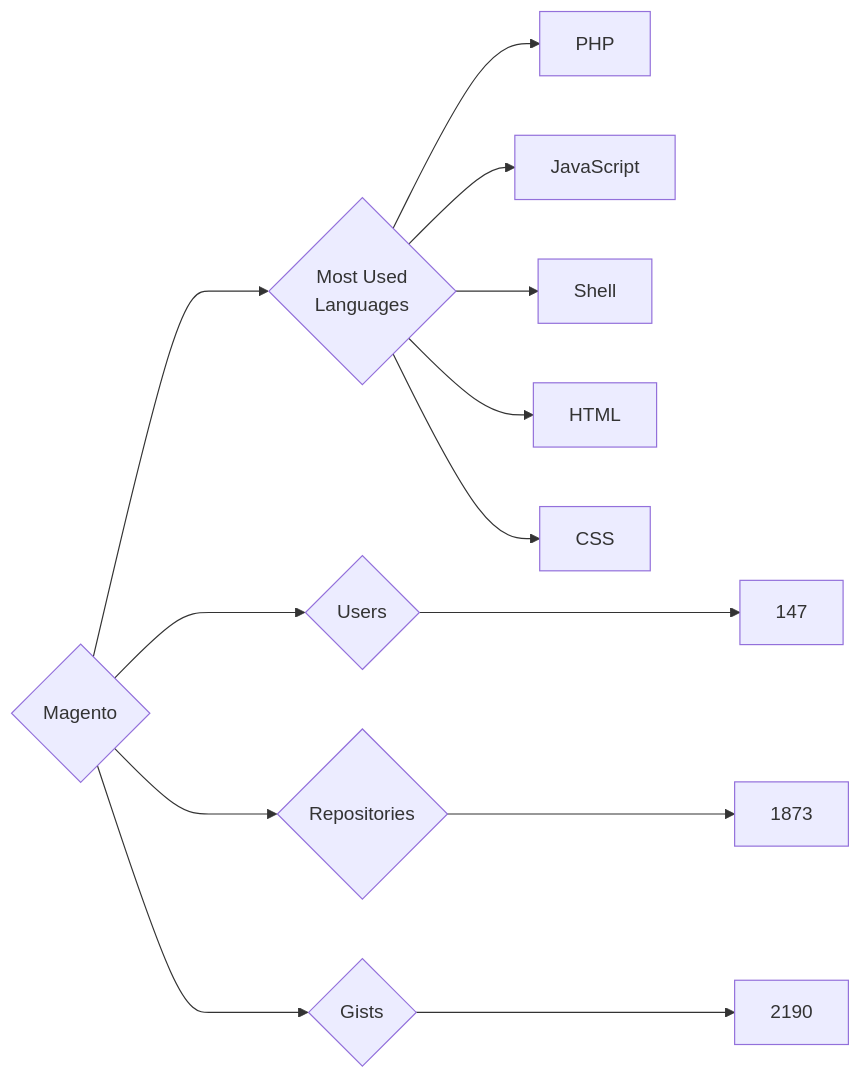
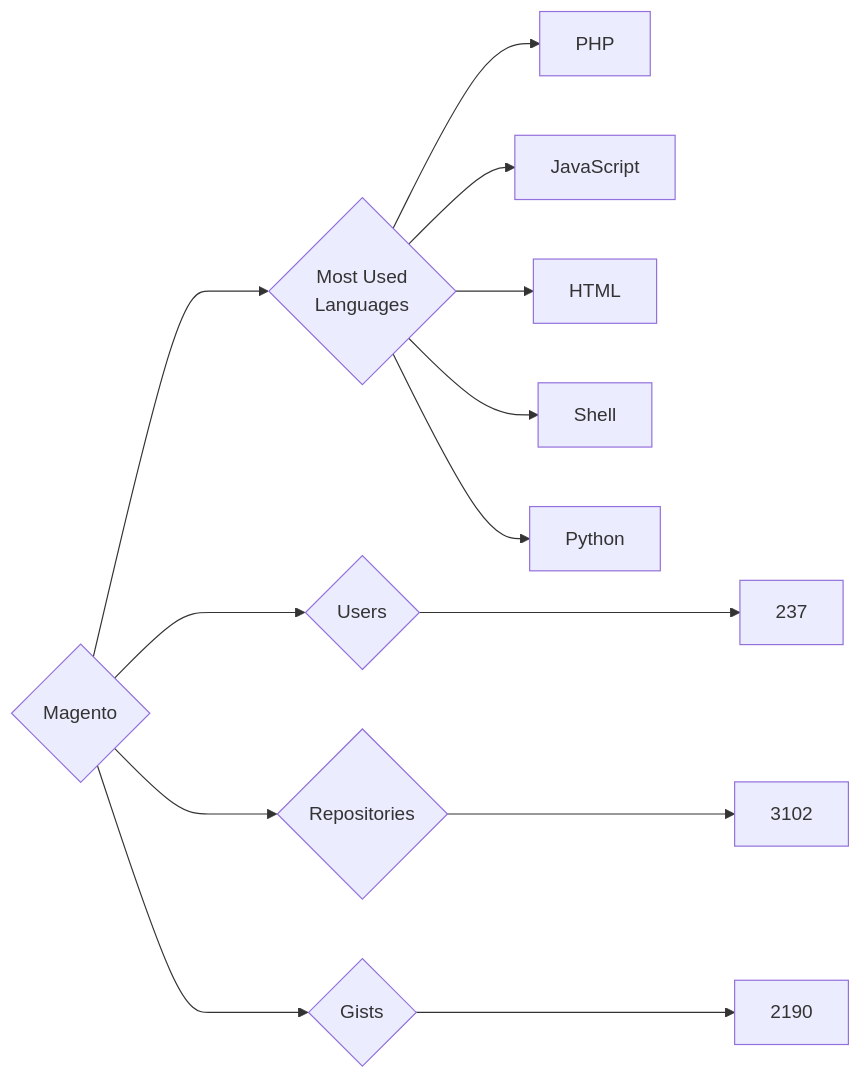
One commit to trickest/insiders changed the diagram in targets/Magento/README.md. Above: the diagram before and after it, drawn with Mermaid. The commit also changed 721 other files, not shown here.

````diff
--- a/targets/Magento/README.md
+++ b/targets/Magento/README.md
@@ -3,13 +3,13 @@
 ```mermaid
 graph LR
 COMPANY_NAME{Magento}
-COMPANY_NAME ---> U{Users} ---> UN[147]
-COMPANY_NAME ---> R{Repositories} ---> RN[1873]
+COMPANY_NAME ---> U{Users} ---> UN[237]
+COMPANY_NAME ---> R{Repositories} ---> RN[3102]
 COMPANY_NAME ---> G{Gists} ---> GN[2190]
 COMPANY_NAME ---> ML{Most Used<br>Languages}
 ML --> PHP[PHP]
 ML --> JavaScript[JavaScript]
+ML --> HTML[HTML]
 ML --> Shell[Shell]
-ML --> HTML[HTML]
-ML --> CSS[CSS]
+ML --> Python[Python]
 ```
````
